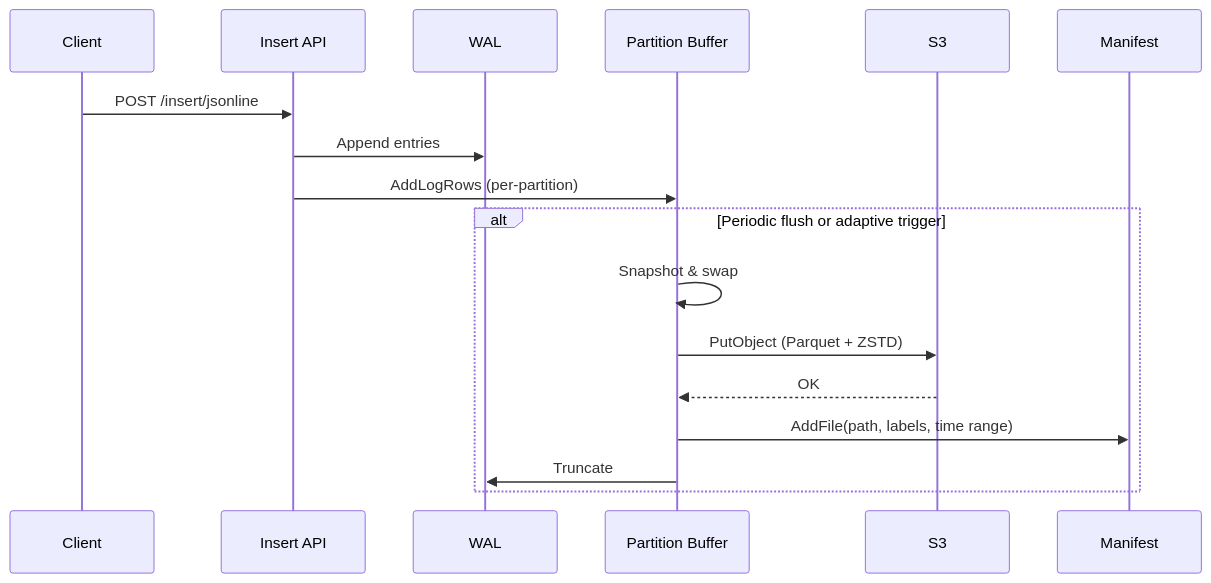
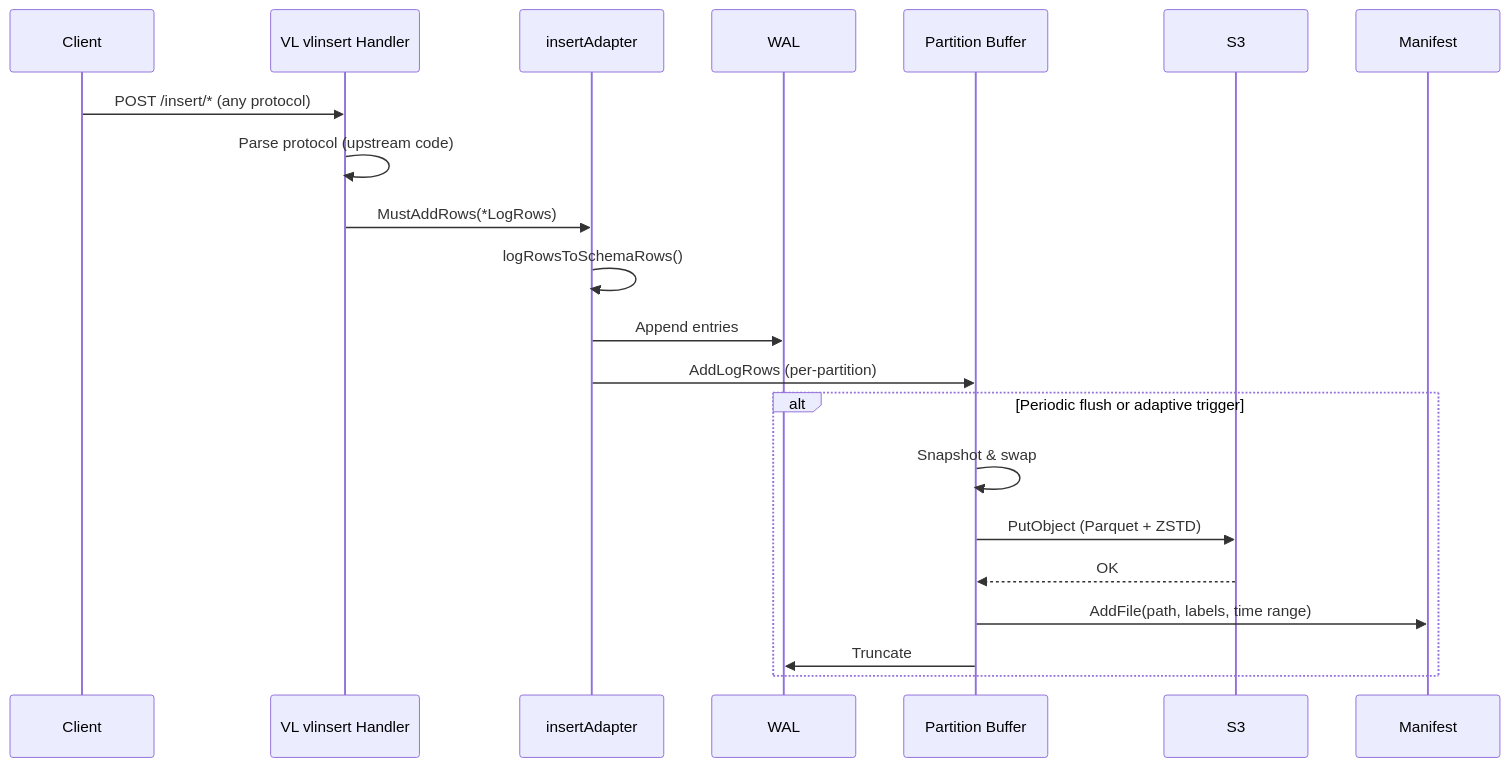
Diagram 11 of 15 in docs/architecture.md (ReliablyObserve/victoria-lakehouse), drawn with Mermaid before and after one commit. The commit also changed other lines of this file and 86 other files, not shown here.

````diff
--- a/docs/architecture.md
+++ b/docs/architecture.md
@@ -581,21 +588,25 @@
 ```mermaid
 sequenceDiagram
     participant Client
-    participant Insert as Insert API
+    participant VLInsert as VL vlinsert Handler
+    participant Adapter as insertAdapter
     participant WAL
     participant Buffer as Partition Buffer
     participant S3
     participant Manifest
 
-    Client->>Insert: POST /insert/jsonline
-    Insert->>WAL: Append entries
-    Insert->>Buffer: AddLogRows (per-partition)
+    Client->>VLInsert: POST /insert/* (any protocol)
+    VLInsert->>VLInsert: Parse protocol (upstream code)
+    VLInsert->>Adapter: MustAddRows(*LogRows)
+    Adapter->>Adapter: logRowsToSchemaRows()
+    Adapter->>WAL: Append entries
+    Adapter->>Buffer: AddLogRows (per-partition)
     
     alt Periodic flush or adaptive trigger
         Buffer->>Buffer: Snapshot & swap
         Buffer->>S3: PutObject (Parquet + ZSTD)
         S3-->>Buffer: OK
         Buffer->>Manifest: AddFile(path, labels, time range)
         Buffer->>WAL: Truncate
     end
 ```
````
